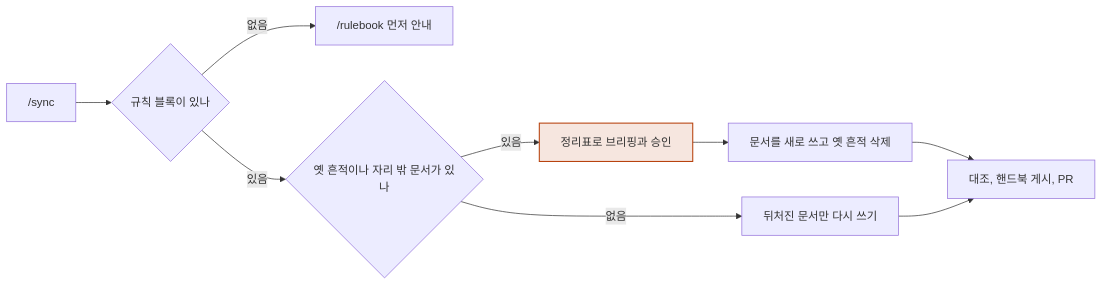
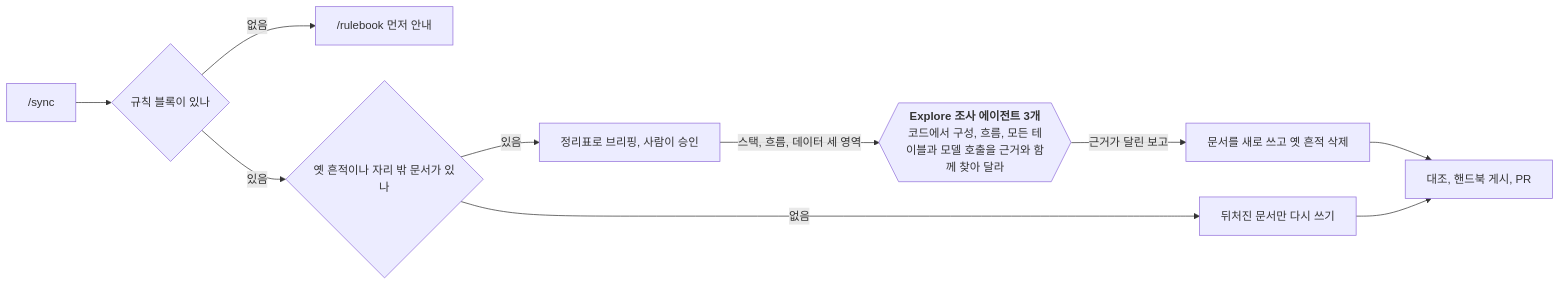
Before and after one commit to dincal/agent_logbook: the fourth of 4 diagrams in docs/system/flows.md, drawn with Mermaid. The commit also changed other lines of this file and 24 other files, not shown here.

````diff
--- a/docs/system/flows.md
+++ b/docs/system/flows.md
@@ -85,13 +81,13 @@
 ```mermaid
 flowchart LR
   A["/sync"] --> B{"규칙 블록이 있나"}
   B -->|"없음"| R["/rulebook 먼저 안내"]
   B -->|"있음"| C{"옛 흔적이나 자리 밖 문서가 있나"}
-  C -->|"있음"| D["정리표로 브리핑과 승인"]
-  D --> E["문서를 새로 쓰고 옛 흔적 삭제"]
+  C -->|"있음"| D["정리표로 브리핑, 사람이 승인"]
+  D -->|"스택, 흐름, 데이터 세 영역"| S{{"`**Explore 조사 에이전트 3개**
+  코드에서 구성, 흐름, 모든 테이블과 모델 호출을 근거와 함께 찾아 달라`"}}
+  S -->|"근거가 달린 보고"| E["문서를 새로 쓰고 옛 흔적 삭제"]
   C -->|"없음"| F["뒤처진 문서만 다시 쓰기"]
   E --> G["대조, 핸드북 게시, PR"]
   F --> G
-  classDef human fill:#B8430F22,stroke:#B8430F,stroke-width:1.5px
-  class D human
 ```
````
